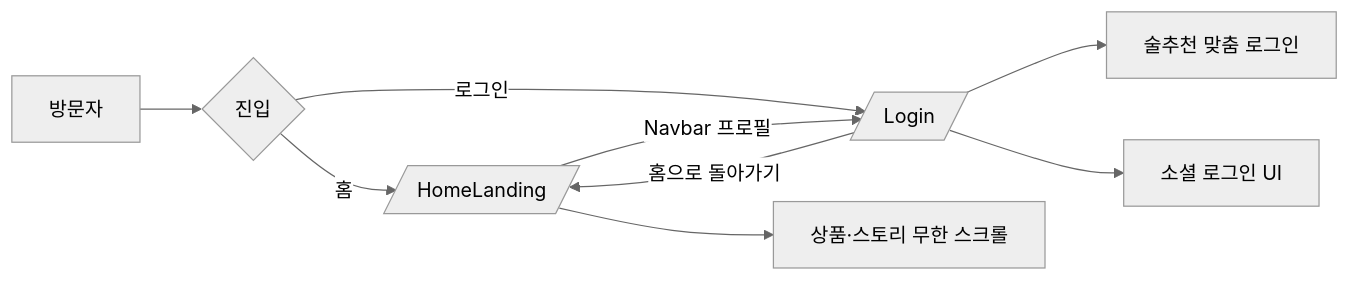
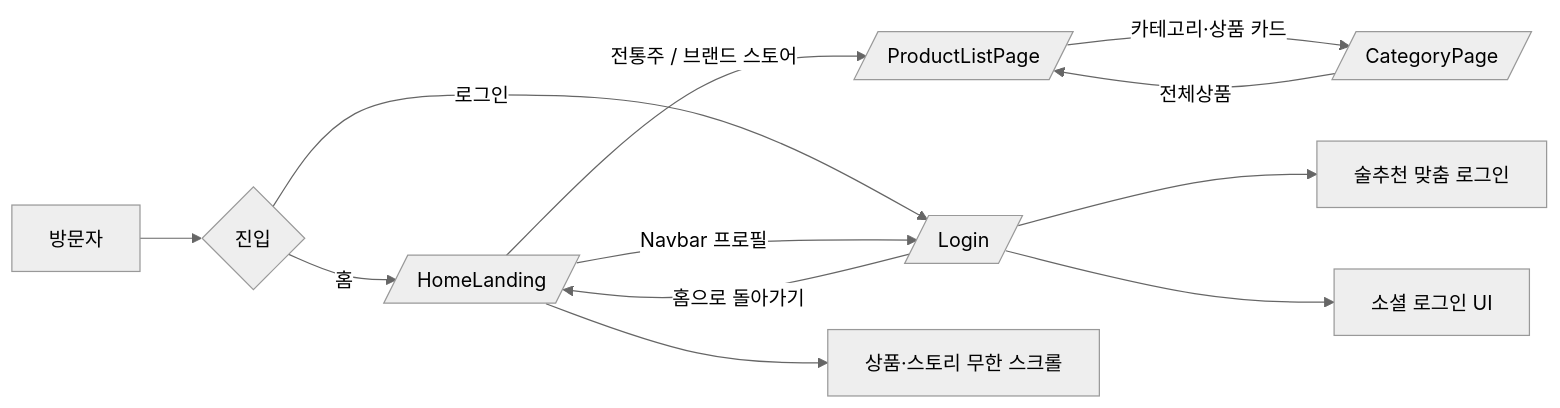
Before and after one commit to zyansuh/bitdam: the first of 3 diagrams in README.md, drawn with Mermaid (neutral theme). The commit also changed other lines of this file, not shown here.

````diff
--- a/README.md
+++ b/README.md
@@ -76,11 +79,14 @@
 ```mermaid
 flowchart LR
     A[방문자] --> B{진입}
     B -->|홈| C[/ HomeLanding /]
     B -->|로그인| D[/ Login /]
+    C -->|전통주 / 브랜드 스토어| H[/ ProductListPage /]
     C -->|Navbar 프로필| D
+    H -->|카테고리·상품 카드| I[/ CategoryPage /]
+    I -->|전체상품| H
     D -->|홈으로 돌아가기| C
     C --> E[상품·스토리 무한 스크롤]
     D --> F[술추천 맞춤 로그인]
     D --> G[소셜 로그인 UI]
 ```
````
